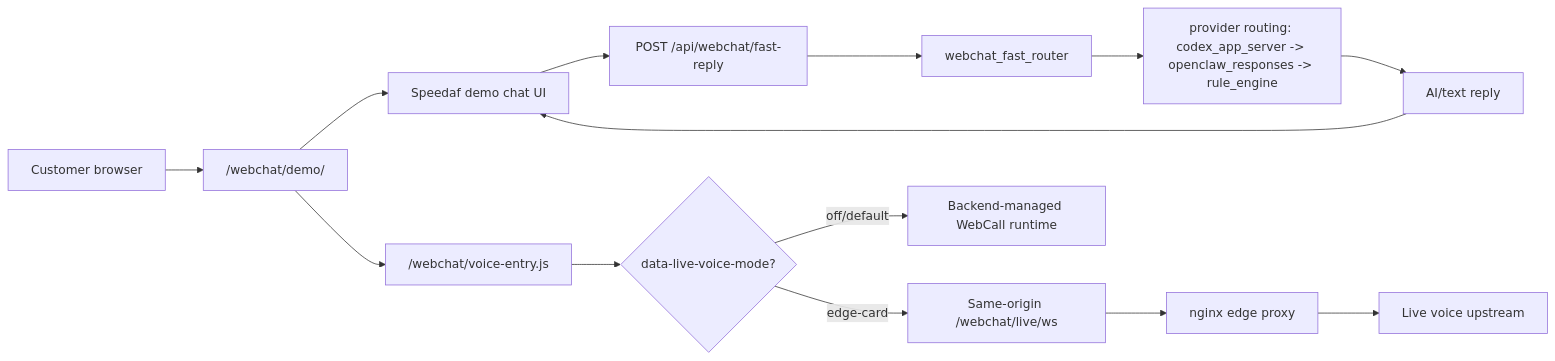
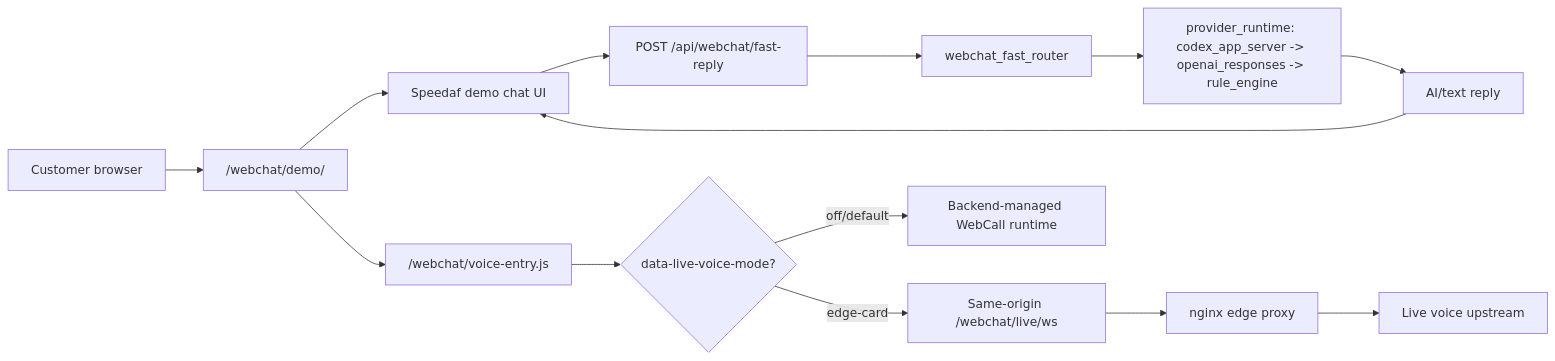
The first of 3 diagrams in docs/ops/production-drift-reconciliation-20260629.md (Maximvonshaft/nexus_helpdesk), drawn with Mermaid before and after one commit. The commit also changed other lines of this file and 238 other files, not shown here.

````diff
--- a/docs/ops/production-drift-reconciliation-20260629.md
+++ b/docs/ops/production-drift-reconciliation-20260629.md
@@ -46,16 +46,16 @@
 ```mermaid
 flowchart LR
   customer["Customer browser"] --> demo["/webchat/demo/"]
   demo --> chat_ui["Speedaf demo chat UI"]
   demo --> voice_entry["/webchat/voice-entry.js"]
   chat_ui --> fast_reply["POST /api/webchat/fast-reply"]
   fast_reply --> fast_router["webchat_fast_router"]
-  fast_router --> routing["provider routing: codex_app_server -> openclaw_responses -> rule_engine"]
+  fast_router --> routing["provider_runtime: codex_app_server -> openai_responses -> rule_engine"]
   routing --> reply["AI/text reply"]
   reply --> chat_ui
   voice_entry --> mode{"data-live-voice-mode?"}
   mode -->|"off/default"| webcall["Backend-managed WebCall runtime"]
   mode -->|"edge-card"| live_ws["Same-origin /webchat/live/ws"]
   live_ws --> nginx["nginx edge proxy"]
   nginx --> live_upstream["Live voice upstream"]
 ```
````
